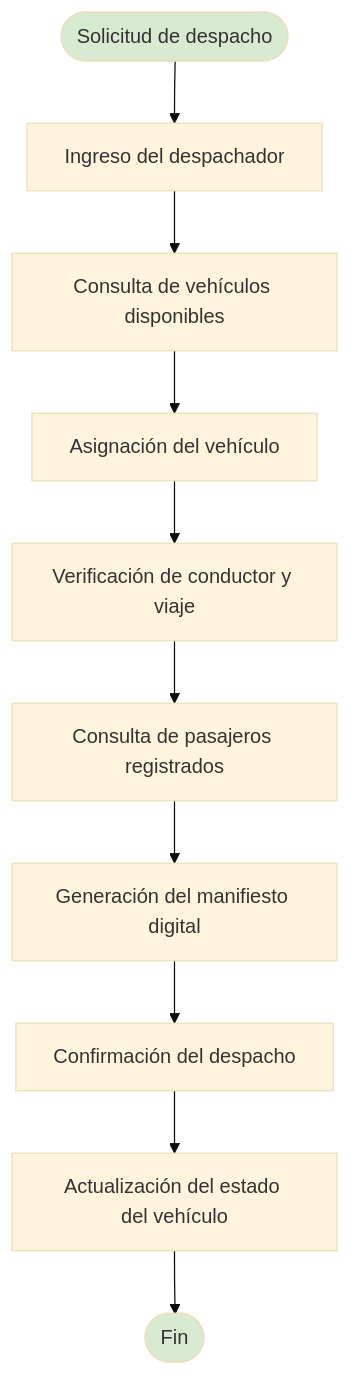
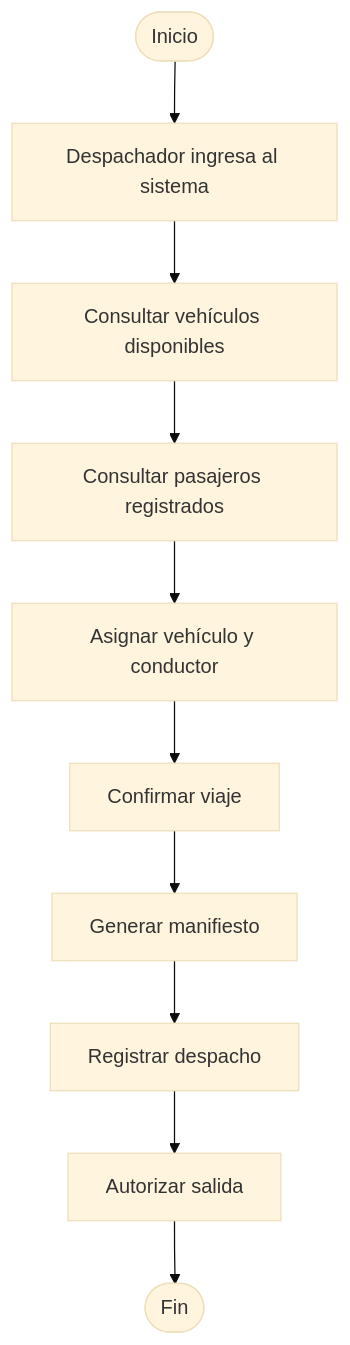
Before and after one commit to santiyn2/arquitectura-empresarial-cootransoriente-ucc: the eighth of 11 diagrams in Arquitectura de negocio y diagnóstico empresarial.md, drawn with Mermaid (base theme). The commit also changed other lines of this file, not shown here.

````diff
--- a/Arquitectura de negocio y diagnóstico empresarial.md
+++ b/Arquitectura de negocio y diagnóstico empresarial.md
@@ -686,15 +629,12 @@
 ```mermaid
 flowchart TD
-    A([Solicitud de despacho]) --> B[Ingreso del despachador]
-    B --> C[Consulta de vehículos disponibles]
-    C --> D[Asignación del vehículo]
-    D --> E[Verificación de conductor y viaje]
-    E --> F[Consulta de pasajeros registrados]
-    F --> G[Generación del manifiesto digital]
-    G --> H[Confirmación del despacho]
-    H --> I[Actualización del estado del vehículo]
-    I --> J([Fin])
-
-    style A fill:#d9ead3
-    style J fill:#d9ead3
+ A([Inicio]) --> B[Despachador ingresa al sistema]
+ B --> C[Consultar vehículos disponibles]
+ C --> D[Consultar pasajeros registrados]
+ D --> E[Asignar vehículo y conductor]
+ E --> F[Confirmar viaje]
+ F --> G[Generar manifiesto]
+ G --> H[Registrar despacho]
+ H --> I[Autorizar salida]
+ I --> J([Fin])
 ```
````
